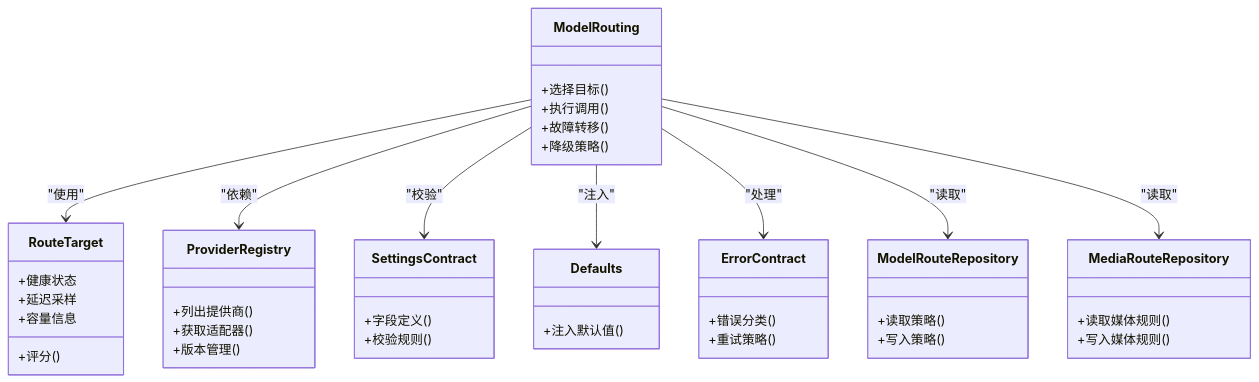
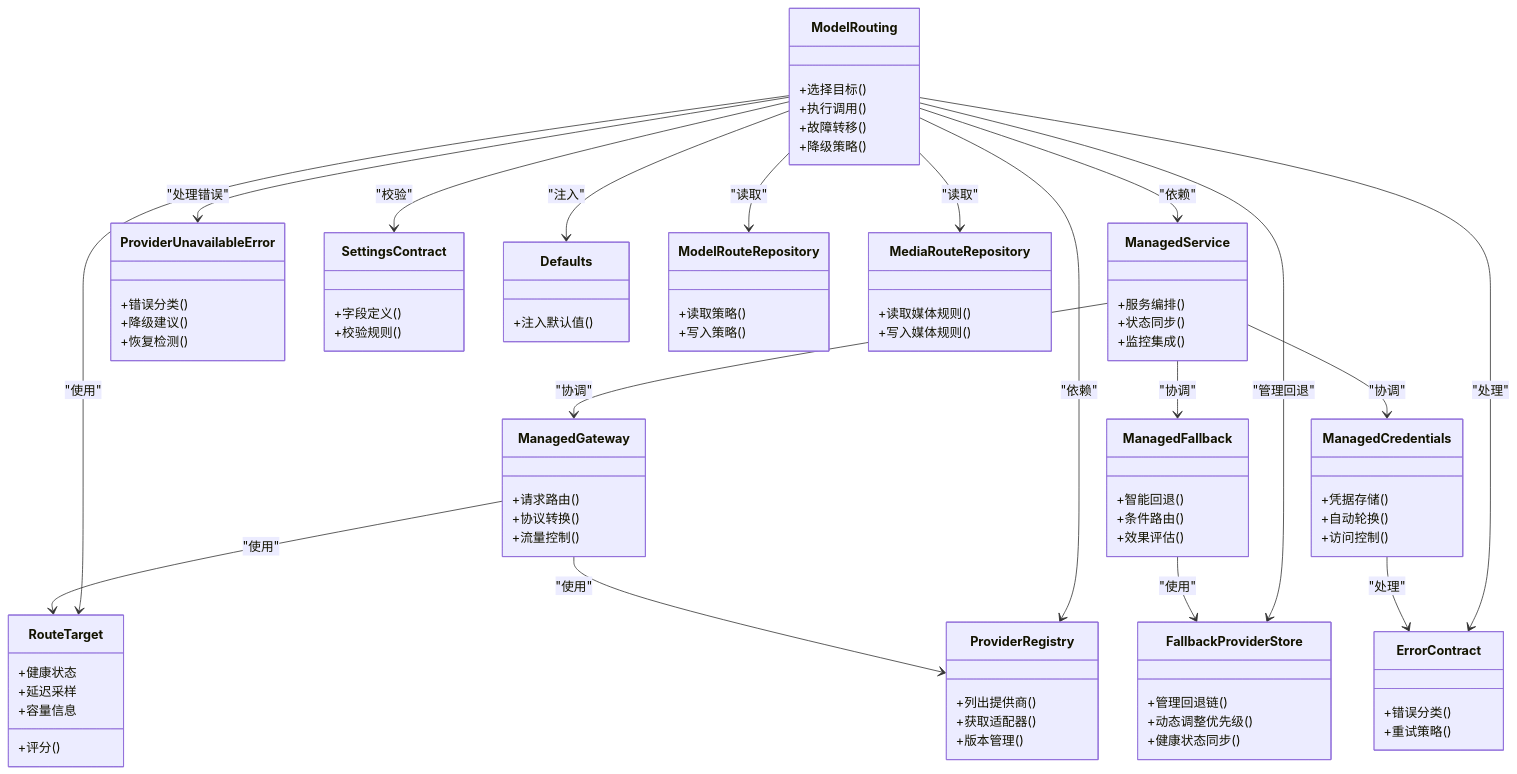
Before and after one commit to scottcwy/PurpleInk: the third of 3 diagrams in .qoder/repowiki/zh/content/AI系统集成/模型路由系统.md, drawn with Mermaid. The commit also changed other lines of this file and 109 other files, not shown here.

````diff
--- a/.qoder/repowiki/zh/content/AI系统集成/模型路由系统.md
+++ b/.qoder/repowiki/zh/content/AI系统集成/模型路由系统.md
@@ -232,6 +396,26 @@
 +执行调用()
 +故障转移()
 +降级策略()
+}
+class ManagedService {
++服务编排()
++状态同步()
++监控集成()
+}
+class ManagedGateway {
++请求路由()
++协议转换()
++流量控制()
+}
+class ManagedCredentials {
++凭据存储()
++自动轮换()
++访问控制()
+}
+class ManagedFallback {
++智能回退()
++条件路由()
++效果评估()
 }
 class RouteTarget {
 +健康状态
@@ -243,6 +427,16 @@
 +列出提供商()
 +获取适配器()
 +版本管理()
+}
+class FallbackProviderStore {
++管理回退链()
++动态调整优先级()
++健康状态同步()
+}
+class ProviderUnavailableError {
++错误分类()
++降级建议()
++恢复检测()
 }
 class SettingsContract {
 +字段定义()
@@ -263,11 +457,21 @@
 +读取媒体规则()
 +写入媒体规则()
 }
+ModelRouting --> ManagedService : "依赖"
 ModelRouting --> RouteTarget : "使用"
 ModelRouting --> ProviderRegistry : "依赖"
+ModelRouting --> FallbackProviderStore : "管理回退"
+ModelRouting --> ProviderUnavailableError : "处理错误"
 ModelRouting --> SettingsContract : "校验"
 ModelRouting --> Defaults : "注入"
 ModelRouting --> ErrorContract : "处理"
 ModelRouting --> ModelRouteRepository : "读取"
 ModelRouting --> MediaRouteRepository : "读取"
+ManagedService --> ManagedGateway : "协调"
+ManagedService --> ManagedCredentials : "协调"
+ManagedService --> ManagedFallback : "协调"
+ManagedGateway --> ProviderRegistry : "使用"
+ManagedGateway --> RouteTarget : "使用"
+ManagedCredentials --> ErrorContract : "处理"
+ManagedFallback --> FallbackProviderStore : "使用"
 ```
````
